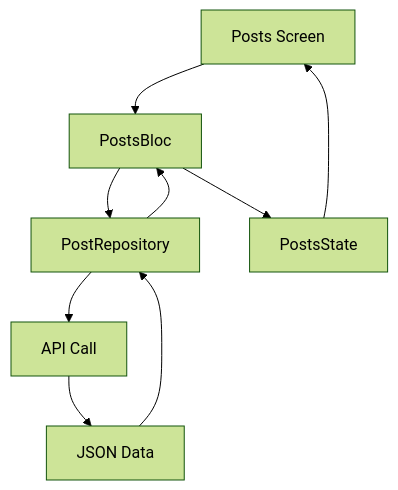
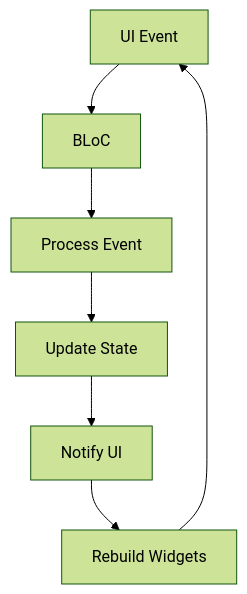
Before and after one commit to mraj555/BlocLabs: the first of 2 diagrams in README.md, drawn with Mermaid (forest theme). The commit also changed other lines of this file and 12 other files, not shown here.

````diff
--- a/README.md
+++ b/README.md
@@ -234,11 +178,9 @@
 ```mermaid
 graph TD
-    A[Posts Screen] --> B[PostsBloc]
-    B --> C[PostRepository]
-    C --> D[API Call]
-    D --> E[JSON Data]
-    E --> C
-    C --> B
-    B --> F[PostsState]
+    A[UI Event] --> B[BLoC]
+    B --> C[Process Event]
+    C --> D[Update State]
+    D --> E[Notify UI]
+    E --> F[Rebuild Widgets]
     F --> A
 ```
````
